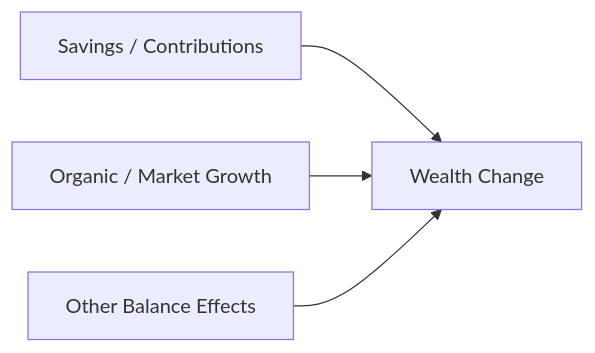
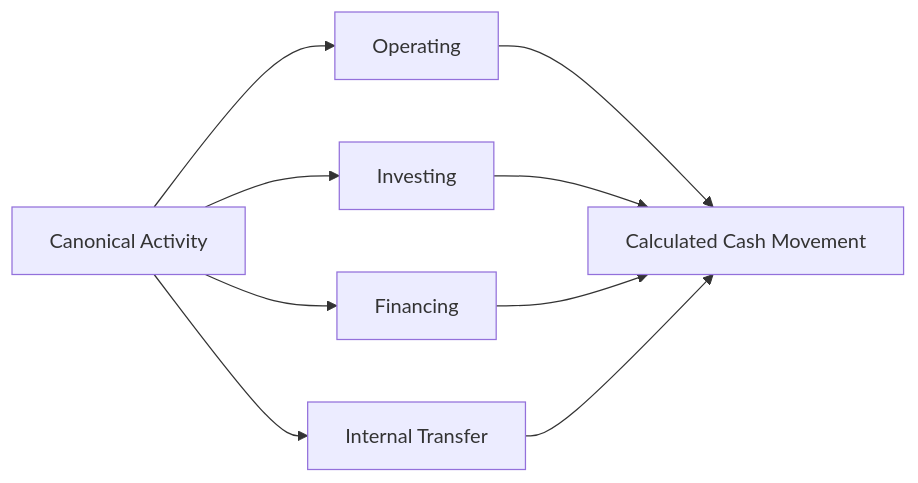
One commit to tks18/personal-finance-etl changed the second of 2 diagrams in docs/finance/cashflow-and-wealth.md. Above: the diagram before and after it, drawn with Mermaid. The commit also changed other lines of this file and 5 other files, not shown here.

````diff
--- a/docs/finance/cashflow-and-wealth.md
+++ b/docs/finance/cashflow-and-wealth.md
@@ -200,6 +196,11 @@
 ```mermaid
 flowchart LR
-    SAVE["Savings / Contributions"] --> CHANGE["Wealth Change"]
-    GROW["Organic / Market Growth"] --> CHANGE
-    OTHER["Other Balance Effects"] --> CHANGE
+    TX["Canonical Activity"] --> O["Operating"]
+    TX --> I["Investing"]
+    TX --> F["Financing"]
+    TX --> T["Internal Transfer"]
+    O --> CALC["Calculated Cash Movement"]
+    I --> CALC
+    F --> CALC
+    T --> CALC
 ```
````
